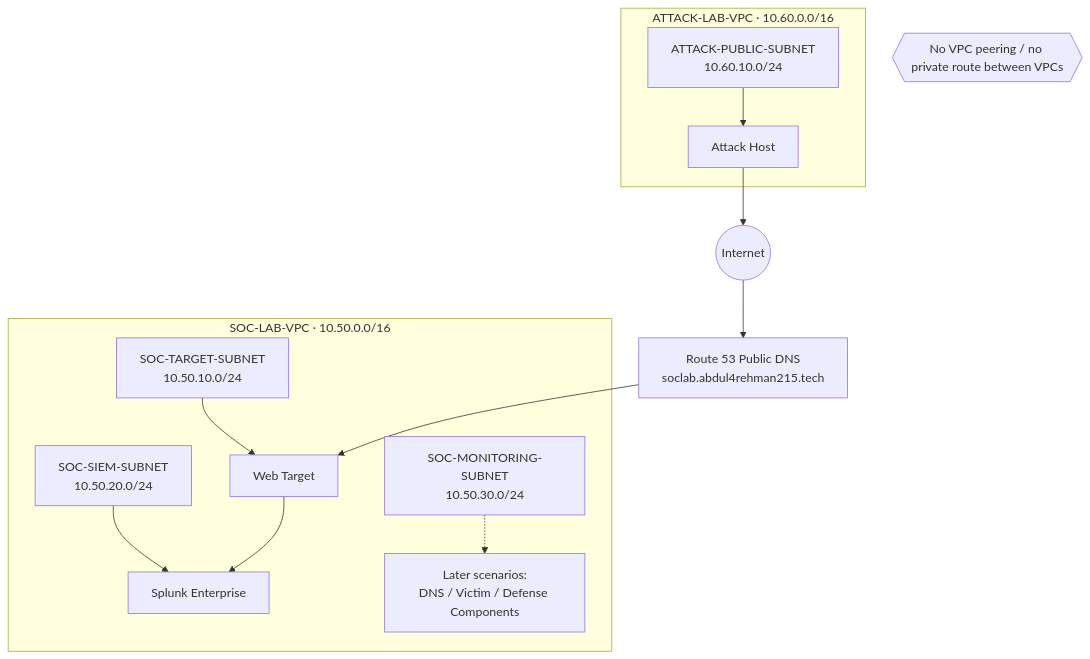
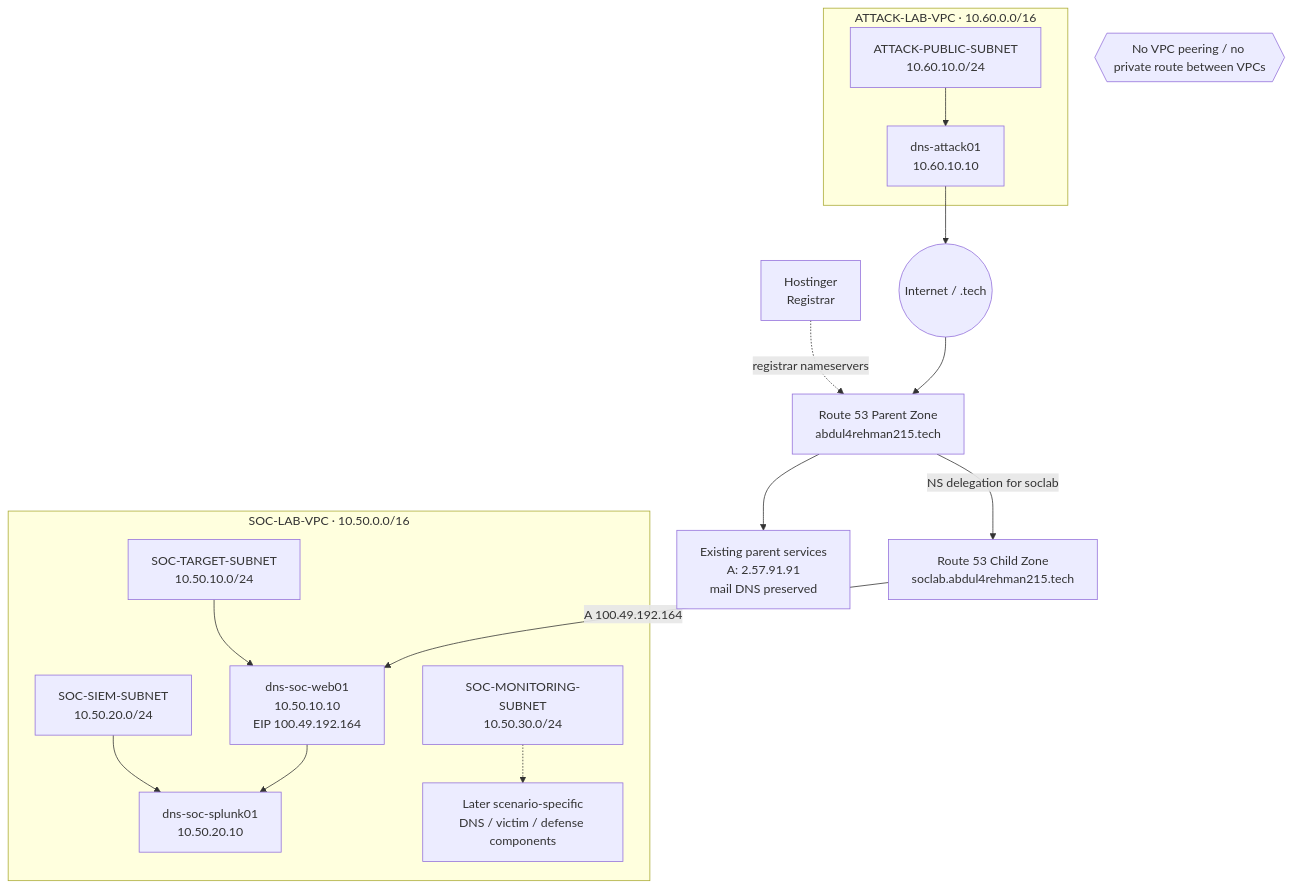
The diagram in 01-network-architecture/diagrams/base-network.mmd (DNS-SOC-Lab/DNS-Lab-Infrastructure), drawn with Mermaid before and after one commit. The commit also changed 3 other files, not shown here.

Commit message:
docs(diagrams): draw the DNS handoff

```diff
--- a/01-network-architecture/diagrams/base-network.mmd
+++ b/01-network-architecture/diagrams/base-network.mmd
@@ -1,26 +1,32 @@
 flowchart TB
-    Internet((Internet))
-    R53[Route 53 Public DNS<br/>soclab.abdul4rehman215.tech]
+    Registrar[Hostinger<br/>Registrar]
+    Internet((Internet / .tech))
+    Parent[Route 53 Parent Zone<br/>abdul4rehman215.tech]
+    Child[Route 53 Child Zone<br/>soclab.abdul4rehman215.tech]
+    Existing[Existing parent services<br/>A: 2.57.91.91<br/>mail DNS preserved]
 
     subgraph ATTACK[ATTACK-LAB-VPC · 10.60.0.0/16]
         AS[ATTACK-PUBLIC-SUBNET<br/>10.60.10.0/24]
-        A[Attack Host]
+        A[dns-attack01<br/>10.60.10.10]
         AS --> A
     end
 
     subgraph SOC[SOC-LAB-VPC · 10.50.0.0/16]
         TS[SOC-TARGET-SUBNET<br/>10.50.10.0/24]
         SS[SOC-SIEM-SUBNET<br/>10.50.20.0/24]
         MS[SOC-MONITORING-SUBNET<br/>10.50.30.0/24]
-        W[Web Target]
-        S[Splunk Enterprise]
+        W[dns-soc-web01<br/>10.50.10.10<br/>EIP 100.49.192.164]
+        S[dns-soc-splunk01<br/>10.50.20.10]
         TS --> W
         SS --> S
-        MS -.-> M[Later scenarios:<br/>DNS / Victim / Defense Components]
+        MS -.-> M[Later scenario-specific<br/>DNS / victim / defense components]
     end
 
+    Registrar -. registrar nameservers .-> Parent
+    Internet --> Parent
+    Parent --> Existing
+    Parent -->|NS delegation for soclab| Child
+    Child -->|A 100.49.192.164| W
     A --> Internet
-    Internet --> R53
-    R53 --> W
     W --> S
     X{{No VPC peering / no private route between VPCs}}
```
